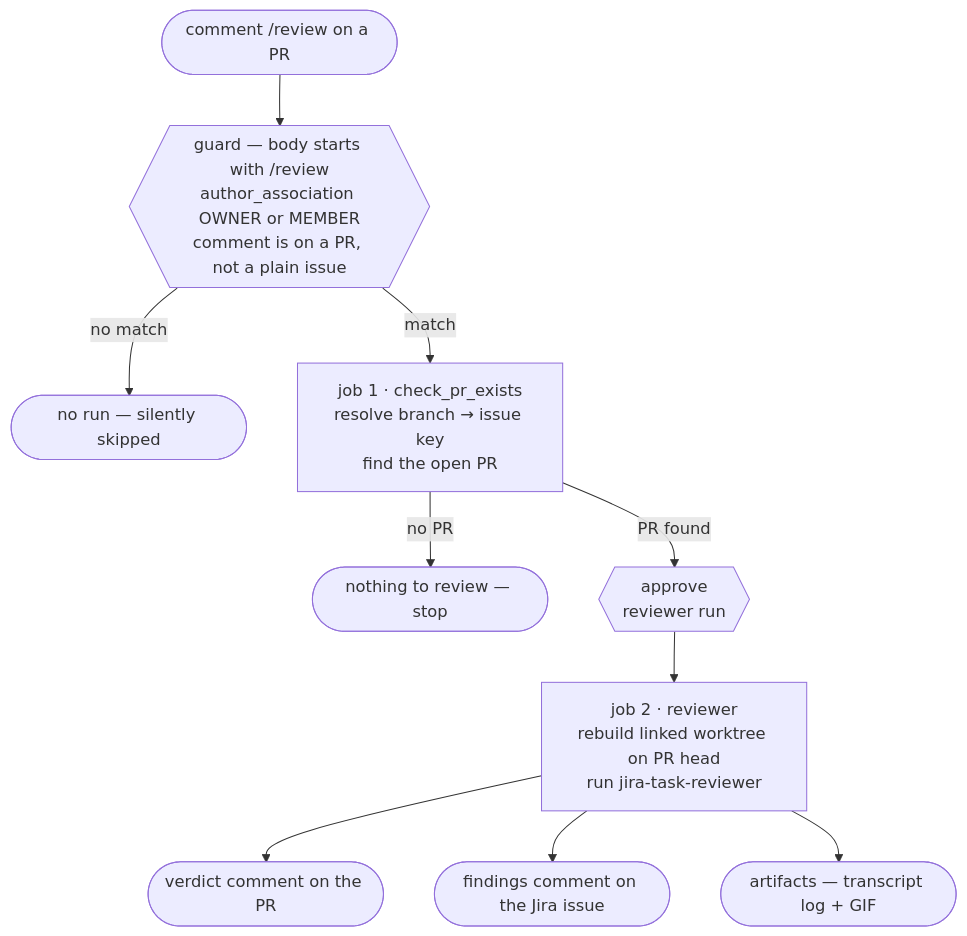
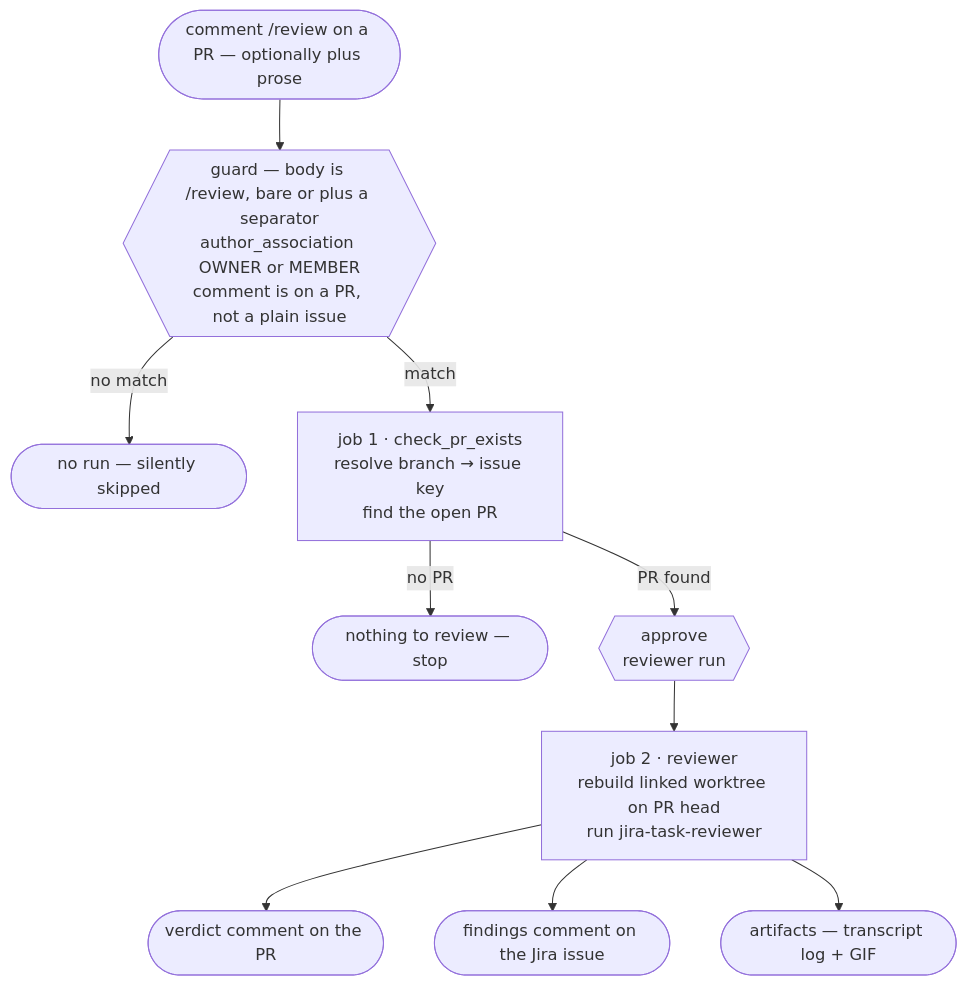
One commit to kantorv/jira-sdlc-tools changed the diagram in plugins/jira-sdlc/docs/applications/ci-review-pr-demo.md. Above: the diagram before and after it, drawn with Mermaid. The commit also changed other lines of this file and 8 other files, not shown here.

First line of the commit message:
JST-212 demo workflows: accept prose after the trigger comment and pass it to the skill

````diff
--- a/plugins/jira-sdlc/docs/applications/ci-review-pr-demo.md
+++ b/plugins/jira-sdlc/docs/applications/ci-review-pr-demo.md
@@ -58,12 +58,12 @@
 ```mermaid
 flowchart TB
-    C([comment /review on a PR]) --> GA{{"guard — body starts with /review<br>author_association OWNER or MEMBER<br>comment is on a PR, not a plain issue"}}
+    C([comment /review on a PR — optionally plus prose]) --> GA{{"guard — body is /review, bare or plus a separator<br>author_association OWNER or MEMBER<br>comment is on a PR, not a plain issue"}}
     GA -->|no match| X([no run — silently skipped])
     GA -->|match| J1["job 1 · check_pr_exists<br>resolve branch → issue key<br>find the open PR"]
     J1 -->|no PR| X2([nothing to review — stop])
     J1 -->|PR found| G1{{"approve<br>reviewer run"}}
     G1 --> J2["job 2 · reviewer<br>rebuild linked worktree on PR head<br>run jira-task-reviewer"]
     J2 --> V1([verdict comment on the PR])
     J2 --> V2([findings comment on the Jira issue])
     J2 --> A([artifacts — transcript log + GIF])
 ```
````
